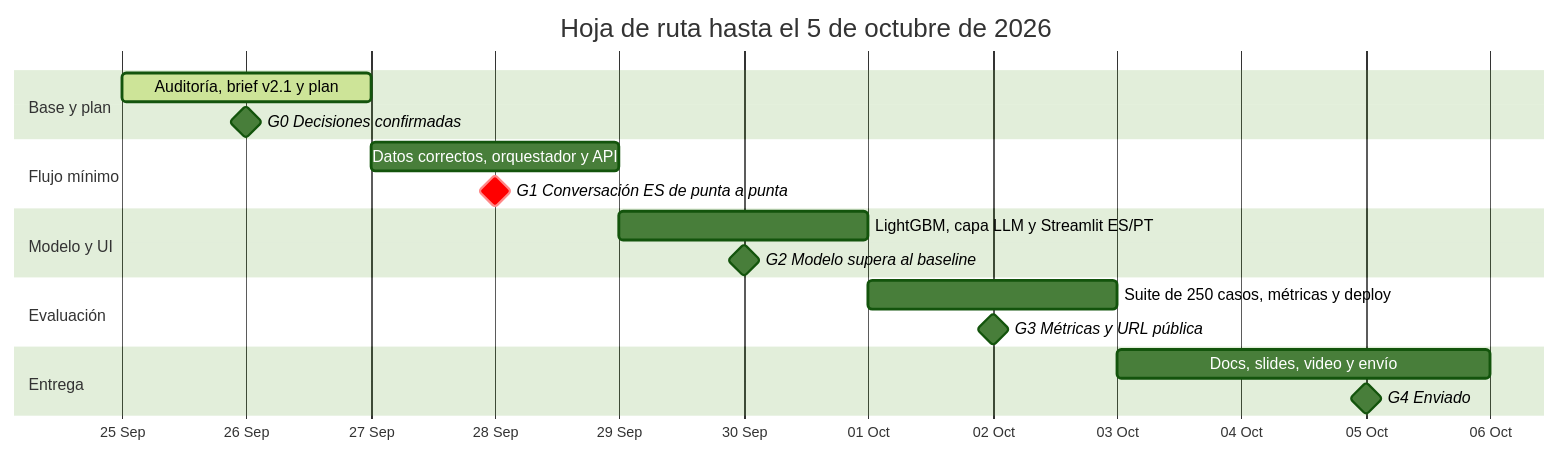
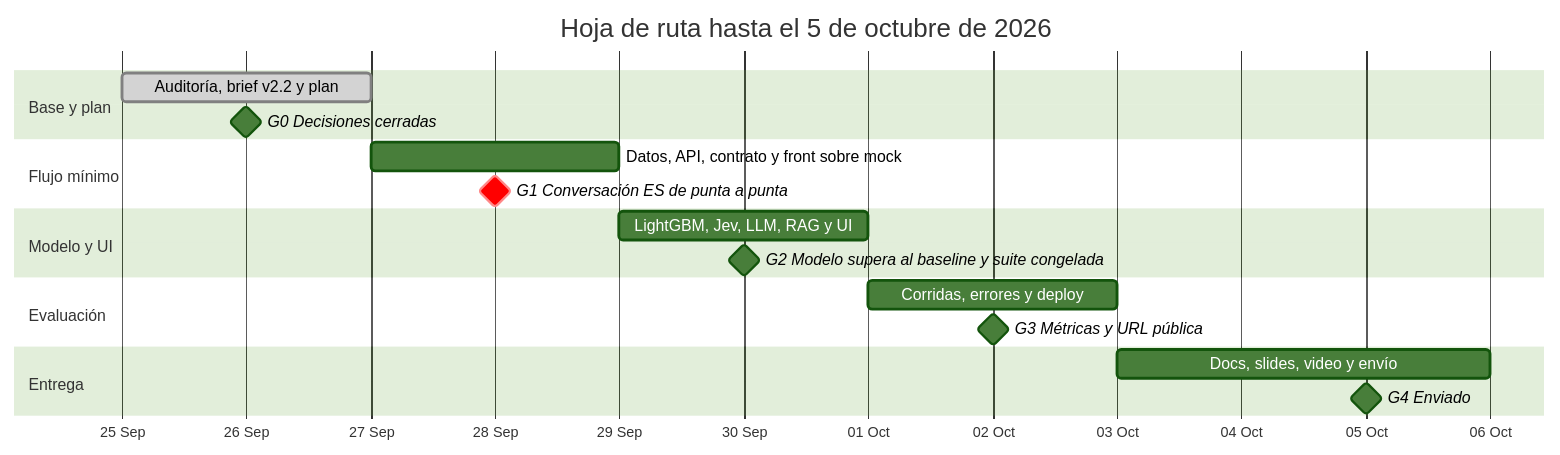
Before and after one commit to Chackmilo/factored-hackathon-2026-alterego: the diagram in docs/PLAN.md, drawn with Mermaid (forest theme). The commit also changed other lines of this file and 4 other files, not shown here.

````diff
--- a/docs/PLAN.md
+++ b/docs/PLAN.md
@@ -84,21 +91,21 @@
 ```mermaid
 gantt
     title Hoja de ruta hasta el 5 de octubre de 2026
     dateFormat YYYY-MM-DD
     axisFormat %d %b
     section Base y plan
-    Auditoría, brief v2.1 y plan :active, f0, 2026-09-25, 2d
-    G0 Decisiones confirmadas :milestone, g0, 2026-09-26, 0d
+    Auditoría, brief v2.2 y plan :done, f0, 2026-09-25, 2d
+    G0 Decisiones cerradas :milestone, g0, 2026-09-26, 0d
     section Flujo mínimo
-    Datos correctos, orquestador y API :f1, 2026-09-27, 2d
+    Datos, API, contrato y front sobre mock :f1, 2026-09-27, 2d
     G1 Conversación ES de punta a punta :crit, milestone, g1, 2026-09-28, 0d
     section Modelo y UI
-    LightGBM, capa LLM y Streamlit ES/PT :f2, 2026-09-29, 2d
-    G2 Modelo supera al baseline :milestone, g2, 2026-09-30, 0d
+    LightGBM, Jev, LLM, RAG y UI :f2, 2026-09-29, 2d
+    G2 Modelo supera al baseline y suite congelada :milestone, g2, 2026-09-30, 0d
     section Evaluación
-    Suite de 250 casos, métricas y deploy :f3, 2026-10-01, 2d
+    Corridas, errores y deploy :f3, 2026-10-01, 2d
     G3 Métricas y URL pública :milestone, g3, 2026-10-02, 0d
     section Entrega
     Docs, slides, video y envío :f4, 2026-10-03, 3d
     G4 Enviado :milestone, g4, 2026-10-05, 0d
 ```
````
